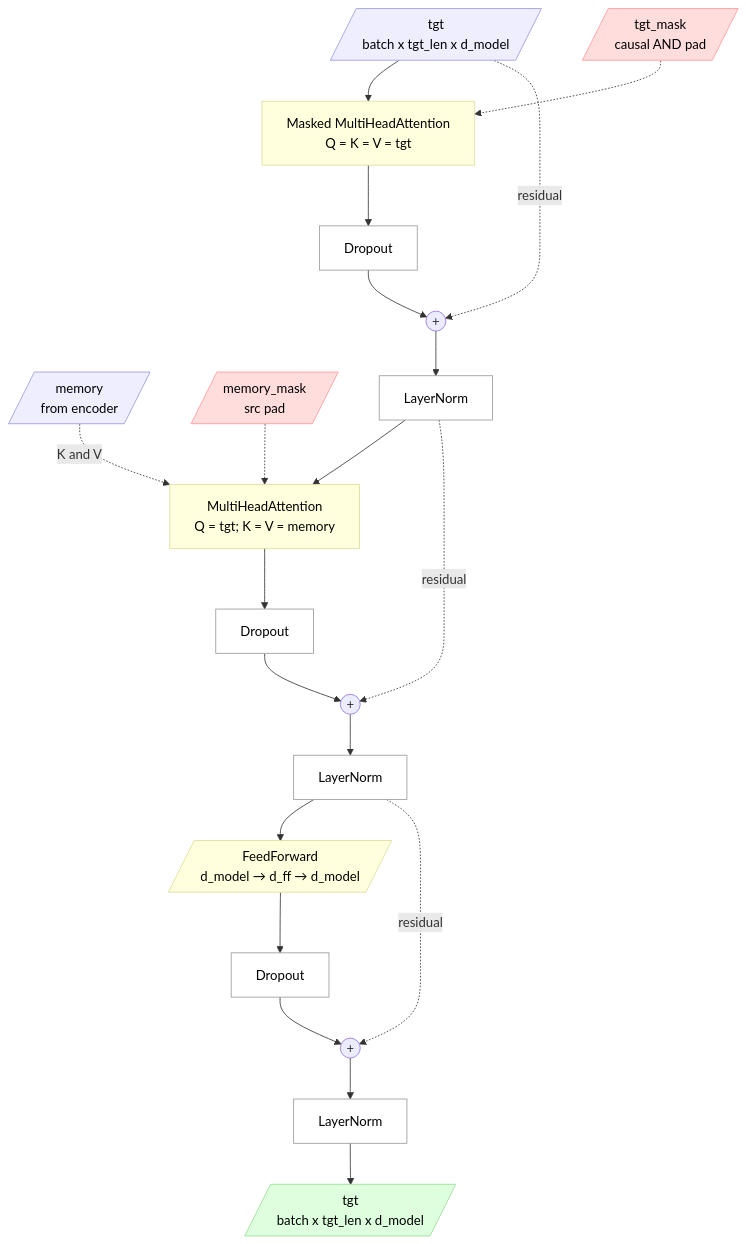
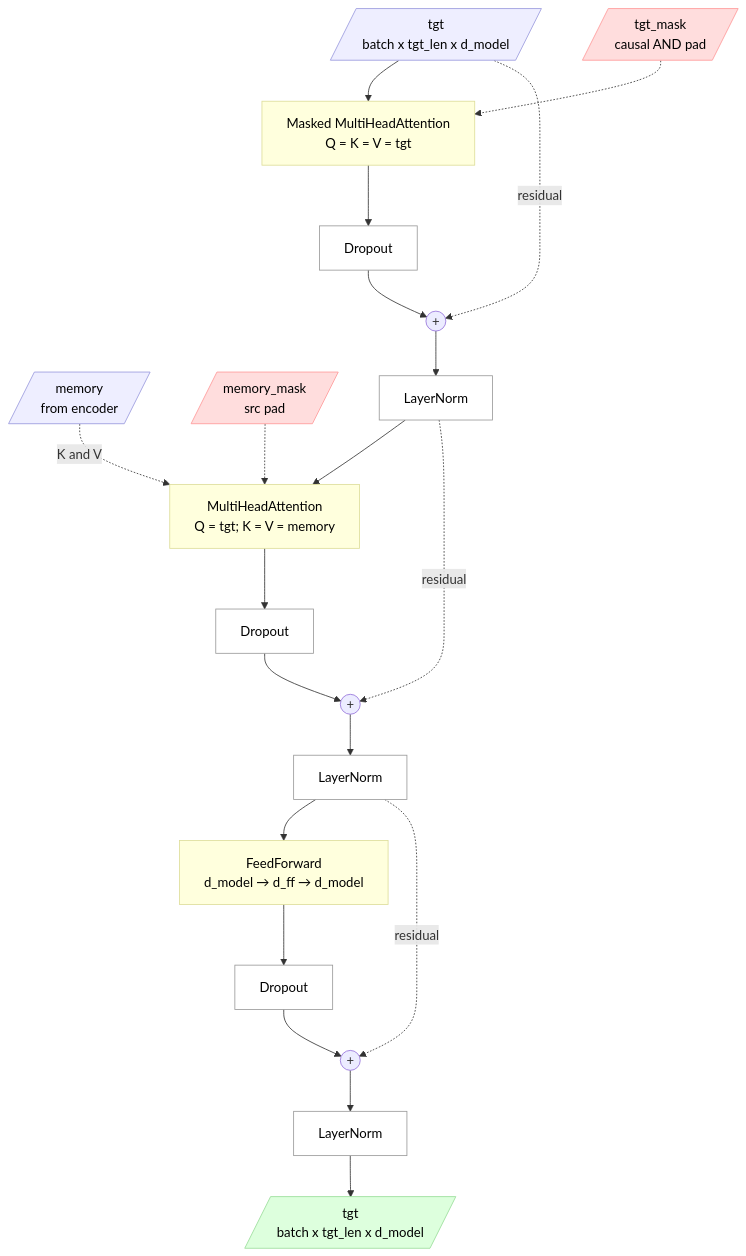
One commit to SamyamoyRakshit/papers-from-scratch changed the diagram in transformer/docs/architecture/decoder.md. Above: the diagram before and after it, drawn with Mermaid.

Commit message:
fix: Correct spacing in FeedForward layer flowchart in decoder documentation

````diff
--- a/transformer/docs/architecture/decoder.md
+++ b/transformer/docs/architecture/decoder.md
@@ -21,48 +21,48 @@
 ```mermaid
 flowchart TD
     IN[/"tgt<br/>batch x tgt_len x d_model"/]
     MEM[/"memory<br/>from encoder"/]
     TM[/"tgt_mask<br/>causal AND pad"/]
     MM[/"memory_mask<br/>src pad"/]
 
     %% sub-layer 1: masked self-attn
     IN --> SA["Masked MultiHeadAttention<br/>Q = K = V = tgt"]
     TM -.-> SA
     SA --> D1["Dropout"]
     D1 --> ADD1(("+"))
     IN -.->|"residual"| ADD1
     ADD1 --> N1["LayerNorm"]
 
     %% sub-layer 2: cross-attn
     N1 --> CA["MultiHeadAttention<br/>Q = tgt; K = V = memory"]
     MEM -.->|"K and V"| CA
     MM -.-> CA
     CA --> D2["Dropout"]
     D2 --> ADD2(("+"))
     N1 -.->|"residual"| ADD2
     ADD2 --> N2["LayerNorm"]
 
     %% sub-layer 3: FFN
-    N2 --> FF[/"FeedForward<br/>d_model → d_ff → d_model"/]
+    N2 --> FF["FeedForward<br/>d_model → d_ff → d_model "]
     FF --> D3["Dropout"]
     D3 --> ADD3(("+"))
     N2 -.->|"residual"| ADD3
     ADD3 --> N3["LayerNorm"]
 
     N3 --> OUT[/"tgt<br/>batch x tgt_len x d_model"/]
 
     style IN fill:#eef,stroke:#99d,color:#000
     style MEM fill:#eef,stroke:#99d,color:#000
     style OUT fill:#dfd,stroke:#9d9,color:#000
     style TM fill:#fdd,stroke:#f99,color:#000
     style MM fill:#fdd,stroke:#f99,color:#000
     style SA fill:#ffd,stroke:#dd9,color:#000
     style CA fill:#ffd,stroke:#dd9,color:#000
     style FF fill:#ffd,stroke:#dd9,color:#000
     style D1 fill:#fff,stroke:#999,color:#000
     style D2 fill:#fff,stroke:#999,color:#000
     style D3 fill:#fff,stroke:#999,color:#000
     style N1 fill:#fff,stroke:#999,color:#000
     style N2 fill:#fff,stroke:#999,color:#000
     style N3 fill:#fff,stroke:#999,color:#000
 ```
````
